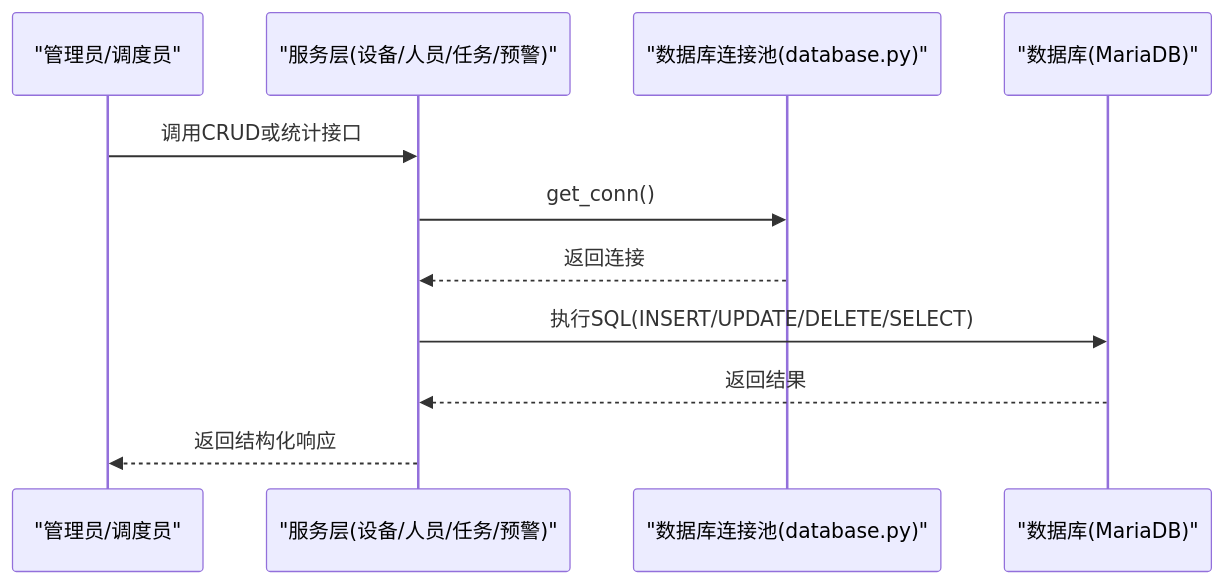
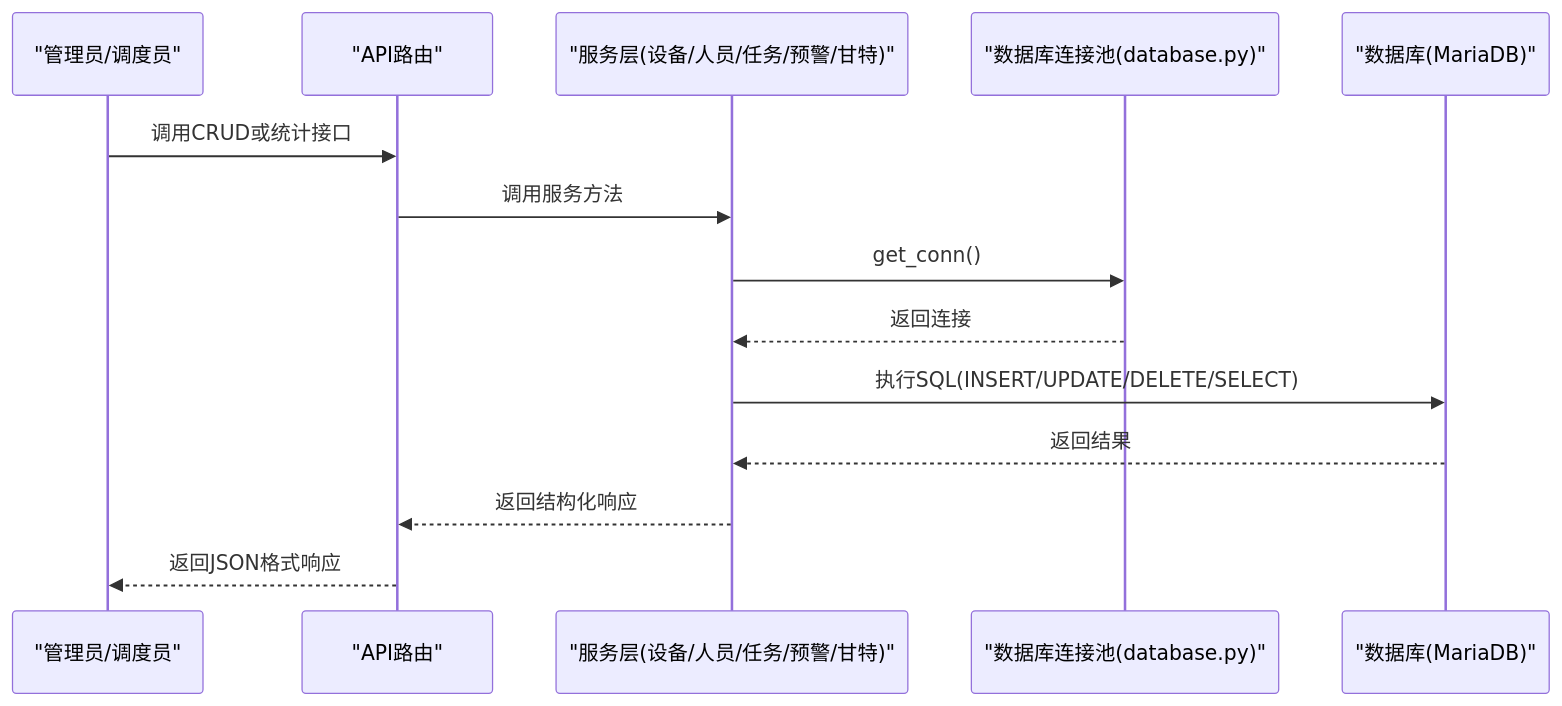
The second of 6 diagrams in .qoder/repowiki/zh/content/数据库设计/数据库设计.md (JiaStan/shizhi_system_df), drawn with Mermaid before and after one commit. The commit also changed other lines of this file and 53 other files, not shown here.

````diff
--- a/.qoder/repowiki/zh/content/数据库设计/数据库设计.md
+++ b/.qoder/repowiki/zh/content/数据库设计/数据库设计.md
@@ -76,13 +112,16 @@
 ```mermaid
 sequenceDiagram
 participant Admin as "管理员/调度员"
-participant Svc as "服务层(设备/人员/任务/预警)"
+participant API as "API路由"
+participant Svc as "服务层(设备/人员/任务/预警/甘特)"
 participant DBP as "数据库连接池(database.py)"
 participant DB as "数据库(MariaDB)"
-Admin->>Svc : 调用CRUD或统计接口
+Admin->>API : 调用CRUD或统计接口
+API->>Svc : 调用服务方法
 Svc->>DBP : get_conn()
 DBP-->>Svc : 返回连接
 Svc->>DB : 执行SQL(INSERT/UPDATE/DELETE/SELECT)
 DB-->>Svc : 返回结果
-Svc-->>Admin : 返回结构化响应
+Svc-->>API : 返回结构化响应
+API-->>Admin : 返回JSON格式响应
 ```
````
